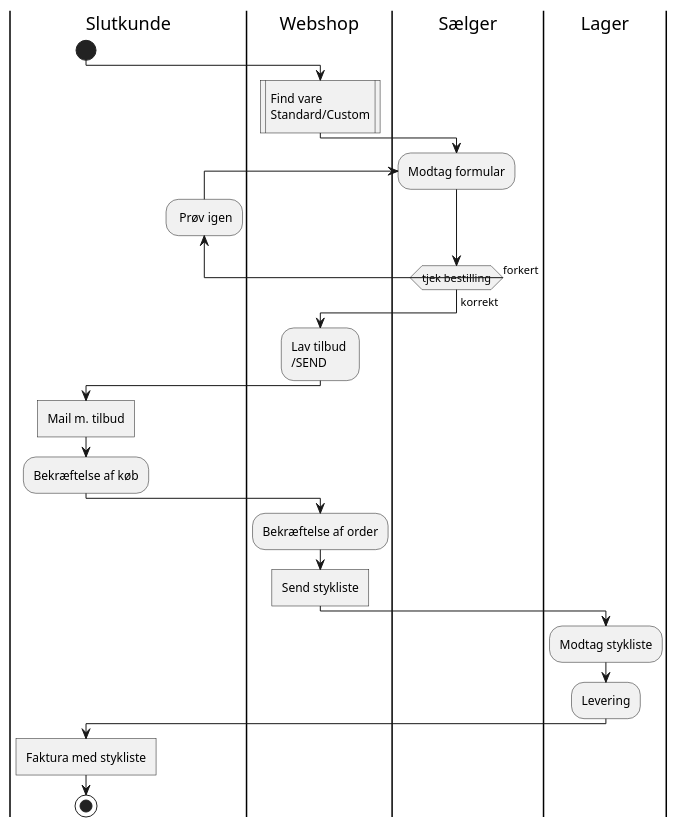
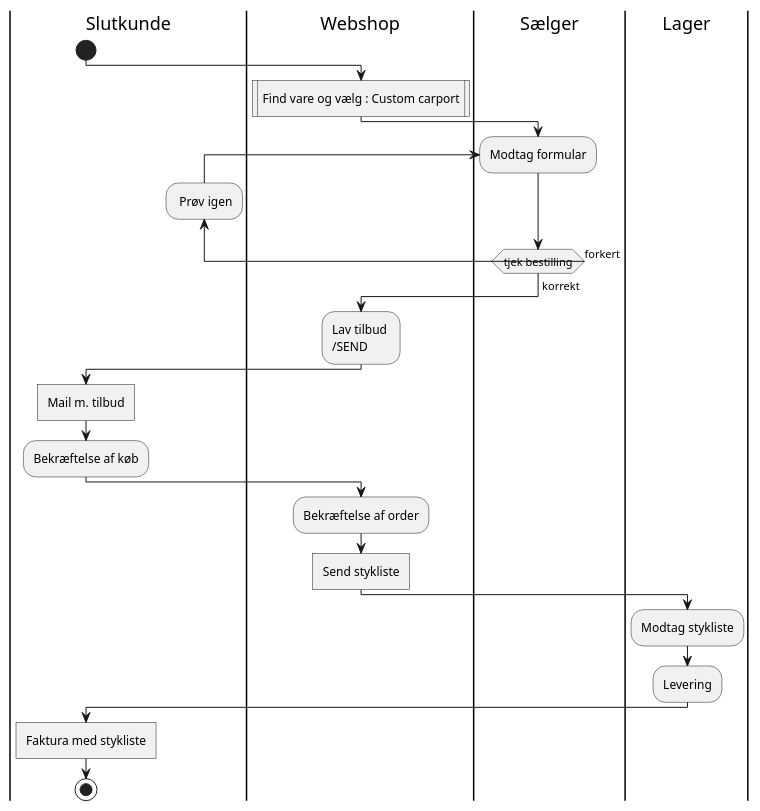
The diagram in docs/Activity diagrams/aktivitetsdiagram-tobe-v2.puml (mridrisisci/fog-projekt), drawn with PlantUML before and after one commit. The commit also changed 2 other files, not shown here.

Commit message:
opdateret lidt i classdiagram

```diff
--- a/docs/Activity diagrams/aktivitetsdiagram-tobe-v2.puml
+++ b/docs/Activity diagrams/aktivitetsdiagram-tobe-v2.puml
@@ -1,34 +1,34 @@
 @startuml
 |Slutkunde|
 start
 |Webshop|
-:Find vare\nStandard/Custom|
+:Find vare og vælg : Custom carport|
 
 |Sælger|
 repeat :Modtag formular;
 |Slutkunde|
 backward: Prøv igen;
 |Sælger|
 repeat while (tjek bestilling) is (forkert)
 -> korrekt;
 
 |Webshop|
 :Lav tilbud \n/SEND;
 |Slutkunde|
 :Mail m. tilbud; <<task>>
 
 |Slutkunde|
 :Bekræftelse af køb;
 
 |Webshop|
 :Bekræftelse af order;
 :Send stykliste; <<task>>
 
 |Lager|
 :Modtag stykliste;
 :Levering;
 
 |Slutkunde|
 :Faktura med stykliste; <<task>>
 stop
 @enduml
```
